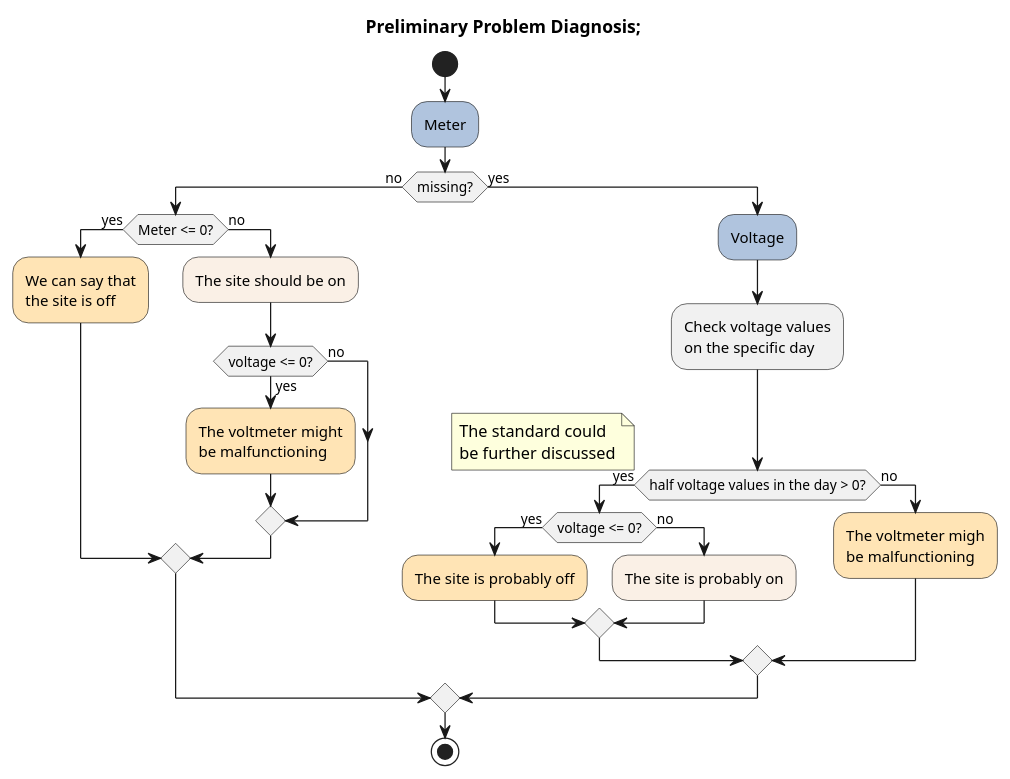
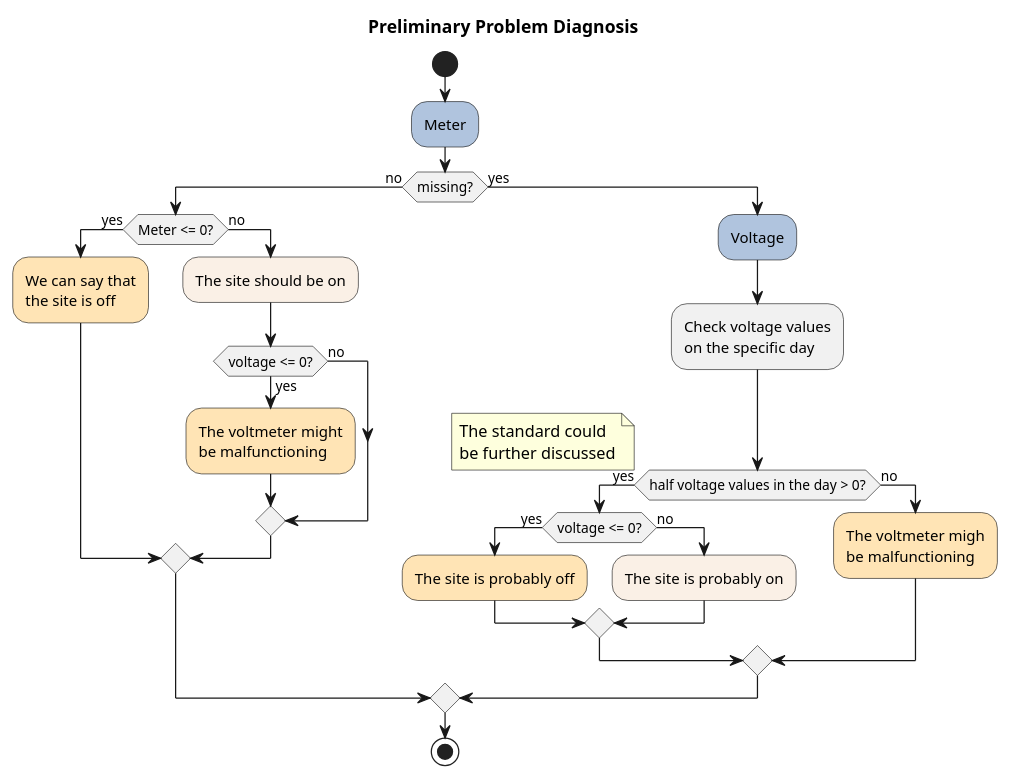
One commit to CarolinaSolarServices/Auto-Reviewer changed the diagram in diagnosis.puml. Above: the diagram before and after it, drawn with PlantUML. The commit also changed 8 other files, not shown here.

Commit message:
Modified the flowchart

```diff
--- a/diagnosis.puml
+++ b/diagnosis.puml
@@ -1,40 +1,40 @@
 @startuml
 
-title Preliminary Problem Diagnosis;
+title Preliminary Problem Diagnosis
 
 start
 #LightSteelBlue:Meter;
 if (missing?) then(no)
     if(Meter <= 0?) then(yes)
         #Moccasin:We can say that\nthe site is off;
     else(no)
         #Linen:The site should be on;
         if (voltage <= 0?) then(yes)
             #Moccasin:The voltmeter might\nbe malfunctioning;
         else(no)
         endif
 
     endif
 
 else(yes)
     #LightSteelBlue:Voltage;
     :Check voltage values\non the specific day;
     if(half voltage values in the day > 0?) then(yes)
     note left:The standard could\nbe further discussed
         if (voltage <= 0?) then(yes)
             #Moccasin:The site is probably off;
         else(no)
             #Linen:The site is probably on;
         endif
         
     else(no)
         #Moccasin:The voltmeter migh\nbe malfunctioning;
     endif
 
 
     
 endif
 stop
         
 
 @enduml
```
